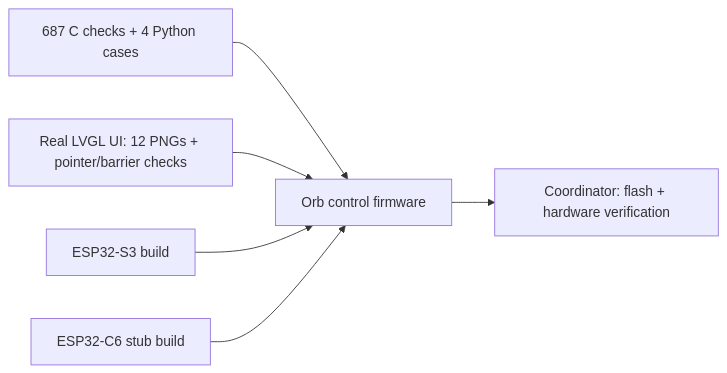
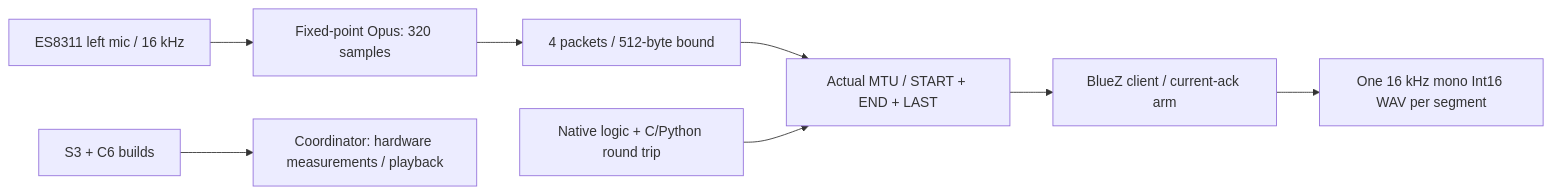
One commit to Harwasch/voiceremote changed the diagram in FW/handoff.md. Above: the diagram before and after it, drawn with Mermaid. The commit also changed other lines of this file and 47 other files, not shown here.

First line of the commit message:
FW: stream Opus mic audio over BLE and save it in the test client

````diff
--- a/FW/handoff.md
+++ b/FW/handoff.md
@@ -3,7 +3,10 @@
 ```mermaid
 flowchart LR
-    Logic[687 C checks + 4 Python cases] --> FW[Orb control firmware]
-    Preview[Real LVGL UI: 12 PNGs + pointer/barrier checks] --> FW
-    S3[ESP32-S3 build] & C6[ESP32-C6 stub build] --> FW
-    FW --> Pending[Coordinator: flash + hardware verification]
+    ES[ES8311 left mic / 16 kHz] --> Opus[Fixed-point Opus: 320 samples]
+    Opus --> Queue[4 packets / 512-byte bound]
+    Queue --> Framer[Actual MTU / START + END + LAST]
+    Framer --> Client[BlueZ client / current-ack arm]
+    Client --> WAV[One 16 kHz mono Int16 WAV per segment]
+    Host[Native logic + C/Python round trip] --> Framer
+    Builds[S3 + C6 builds] --> Pending[Coordinator: hardware measurements / playback]
 ```
````
